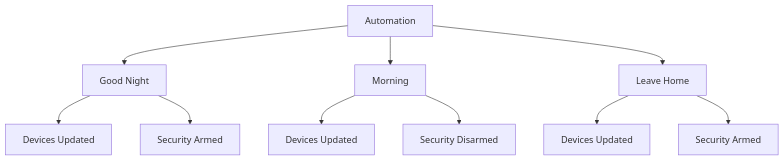
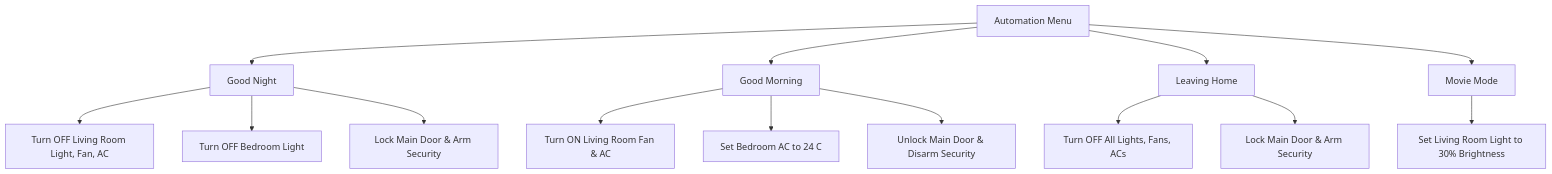
Before and after one commit to Sanoj-936/ControlSphere: the fifth of 5 diagrams in README.md, drawn with Mermaid. The commit also changed other lines of this file, not shown here.

Commit message:
Professional improvements to README: repair Mermaid diagrams, fix tables, and add demo credentials callout

````diff
--- a/README.md
+++ b/README.md
@@ -268,15 +312,20 @@
 ```mermaid
 flowchart TD
-    Automation --> GN[Good Night]
-    Automation --> MR[Morning]
-    Automation --> LH[Leave Home]
+    Automation[Automation Menu] --> GN[Good Night]
+    Automation --> GM[Good Morning]
+    Automation --> LH[Leaving Home]
+    Automation --> MM[Movie Mode]
 
-    GN --> D1[Devices Updated]
-    GN --> S1[Security Armed]
+    GN --> GN1[Turn OFF Living Room Light, Fan, AC]
+    GN --> GN2[Turn OFF Bedroom Light]
+    GN --> GN3[Lock Main Door & Arm Security]
 
-    MR --> D2[Devices Updated]
-    MR --> S2[Security Disarmed]
+    GM --> GM1[Turn ON Living Room Fan & AC]
+    GM --> GM2[Set Bedroom AC to 24 C]
+    GM --> GM3[Unlock Main Door & Disarm Security]
 
-    LH --> D3[Devices Updated]
-    LH --> S3[Security Armed]
+    LH --> LH1[Turn OFF All Lights, Fans, ACs]
+    LH --> LH2[Lock Main Door & Arm Security]
+
+    MM --> MM1[Set Living Room Light to 30% Brightness]
 ```
````
